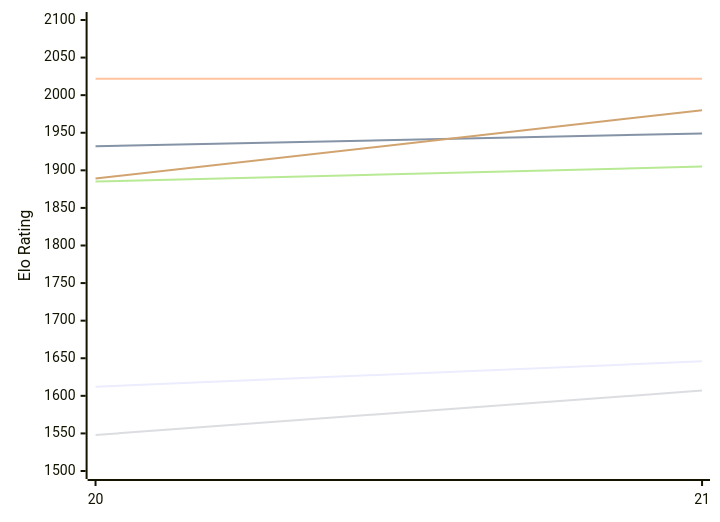
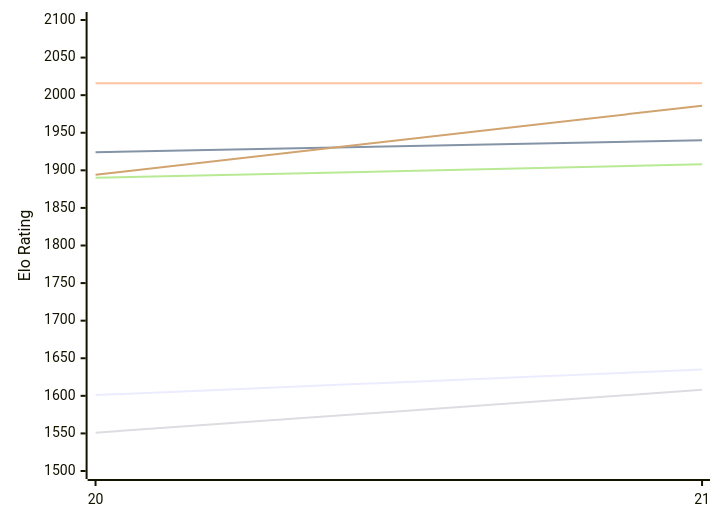
The first of 2 diagrams in engines/PurplePanda.md (computer-chess-index/cci), drawn with Mermaid before and after one commit. The commit also changed other lines of this file, not shown here.

Commit message:
Update CCI Ratings (ELO VLTC) - 2026-11-18

````diff
--- a/engines/PurplePanda.md
+++ b/engines/PurplePanda.md
@@ -50,12 +50,12 @@
 ```mermaid
 %%{init: {"theme":"base","themeVariables":{"seriesColors:['#a3a3a3','#222221','#faa371']}}}%%
 xychart-beta
   x-axis ["20", "21"]
   y-axis "Elo Rating" 1500 --> 2100
-  line "E1: STC (8.0+0.08s)" [1612, 1646]
-  line "E1: LTC (60.0+0.60s)" [1932, 1949]
-  line "E1: VLTC (2m24s+1.12s)" [2022, 2022]
-  line "P1: STC (8.0+0.08s)" [1548, 1607]
-  line "P1: LTC (60.0+0.60s)" [1885, 1905]
-  line "P1: VLTC (2m24s+1.12s)" [1889, 1980]
+  line "E1: STC (8.0+0.08s)" [1601, 1635]
+  line "E1: LTC (60.0+0.60s)" [1924, 1940]
+  line "E1: VLTC (2m24s+1.12s)" [2016, 2016]
+  line "P1: STC (8.0+0.08s)" [1551, 1608]
+  line "P1: LTC (60.0+0.60s)" [1890, 1908]
+  line "P1: VLTC (2m24s+1.12s)" [1894, 1986]
 ```
````
